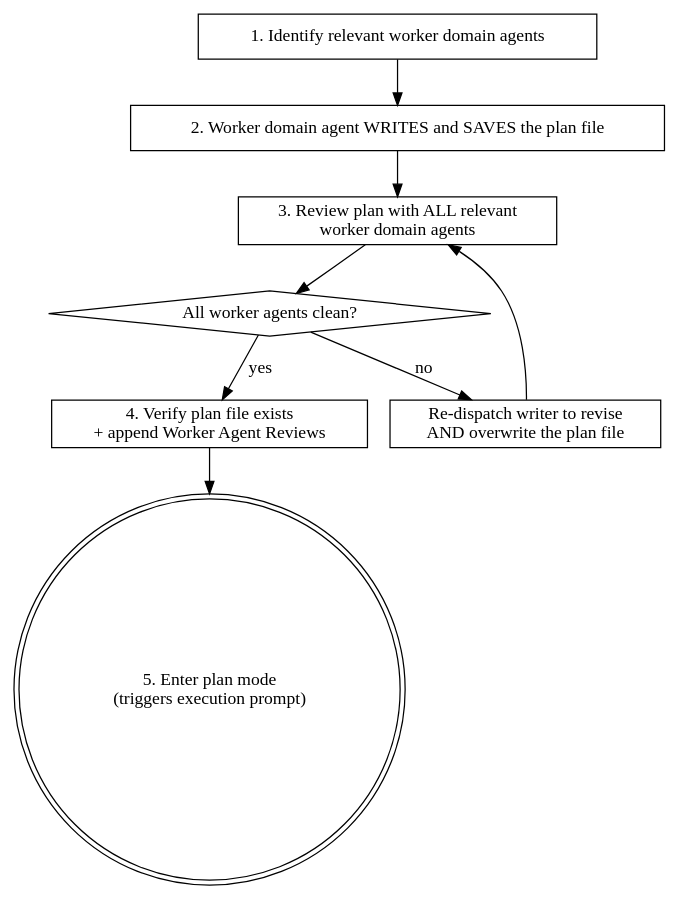
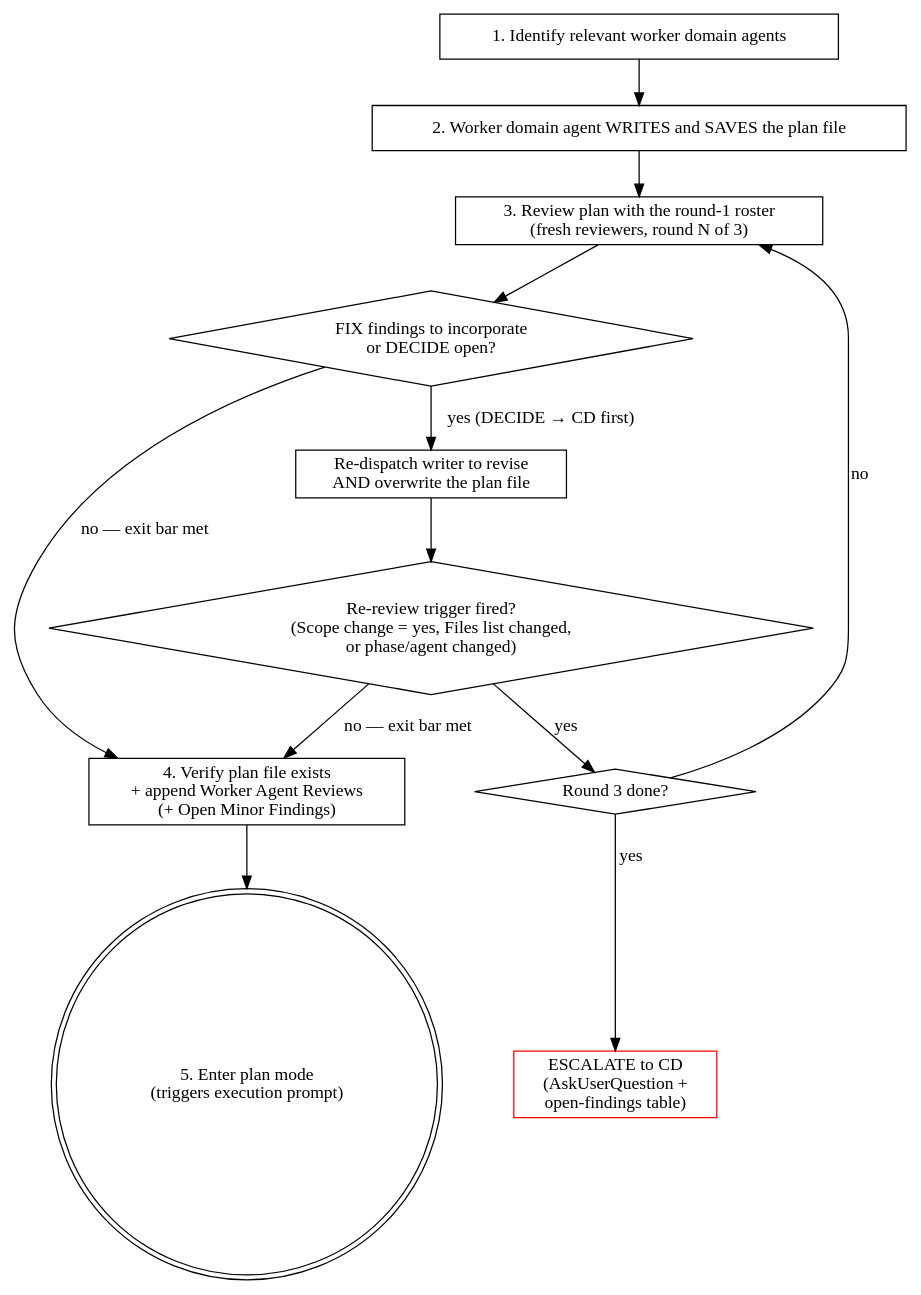
The diagram in skills/sdlc-lite-plan/SKILL.md (Inpacchi/cc-sdlc), drawn with Graphviz before and after one commit. The commit also changed other lines of this file and 30 other files, not shown here.

````diff
--- a/skills/sdlc-lite-plan/SKILL.md
+++ b/skills/sdlc-lite-plan/SKILL.md
@@ -58,21 +58,28 @@
 ```dot
 digraph sdlc_lite_planning {
     rankdir=TB;
 
     "1. Identify relevant worker domain agents" [shape=box];
     "2. Worker domain agent WRITES and SAVES the plan file" [shape=box];
-    "3. Review plan with ALL relevant\nworker domain agents" [shape=box];
+    "3. Review plan with the round-1 roster\n(fresh reviewers, round N of 3)" [shape=box];
+    "FIX findings to incorporate\nor DECIDE open?" [shape=diamond];
     "Re-dispatch writer to revise\nAND overwrite the plan file" [shape=box];
-    "All worker agents clean?" [shape=diamond];
-    "4. Verify plan file exists\n+ append Worker Agent Reviews" [shape=box];
+    "Re-review trigger fired?\n(Scope change = yes, Files list changed,\nor phase/agent changed)" [shape=diamond];
+    "Round 3 done?" [shape=diamond];
+    "ESCALATE to CD\n(AskUserQuestion +\nopen-findings table)" [shape=box, color=red];
+    "4. Verify plan file exists\n+ append Worker Agent Reviews\n(+ Open Minor Findings)" [shape=box];
     "5. Enter plan mode\n(triggers execution prompt)" [shape=doublecircle];
 
     "1. Identify relevant worker domain agents" -> "2. Worker domain agent WRITES and SAVES the plan file";
-    "2. Worker domain agent WRITES and SAVES the plan file" -> "3. Review plan with ALL relevant\nworker domain agents";
-    "3. Review plan with ALL relevant\nworker domain agents" -> "All worker agents clean?";
-    "All worker agents clean?" -> "Re-dispatch writer to revise\nAND overwrite the plan file" [label="no"];
-    "Re-dispatch writer to revise\nAND overwrite the plan file" -> "3. Review plan with ALL relevant\nworker domain agents";
-    "All worker agents clean?" -> "4. Verify plan file exists\n+ append Worker Agent Reviews" [label="yes"];
-    "4. Verify plan file exists\n+ append Worker Agent Reviews" -> "5. Enter plan mode\n(triggers execution prompt)";
+    "2. Worker domain agent WRITES and SAVES the plan file" -> "3. Review plan with the round-1 roster\n(fresh reviewers, round N of 3)";
+    "3. Review plan with the round-1 roster\n(fresh reviewers, round N of 3)" -> "FIX findings to incorporate\nor DECIDE open?";
+    "FIX findings to incorporate\nor DECIDE open?" -> "Re-dispatch writer to revise\nAND overwrite the plan file" [label="yes (DECIDE → CD first)"];
+    "Re-dispatch writer to revise\nAND overwrite the plan file" -> "Re-review trigger fired?\n(Scope change = yes, Files list changed,\nor phase/agent changed)";
+    "Re-review trigger fired?\n(Scope change = yes, Files list changed,\nor phase/agent changed)" -> "4. Verify plan file exists\n+ append Worker Agent Reviews\n(+ Open Minor Findings)" [label="no — exit bar met"];
+    "Re-review trigger fired?\n(Scope change = yes, Files list changed,\nor phase/agent changed)" -> "Round 3 done?" [label="yes"];
+    "Round 3 done?" -> "3. Review plan with the round-1 roster\n(fresh reviewers, round N of 3)" [label="no"];
+    "Round 3 done?" -> "ESCALATE to CD\n(AskUserQuestion +\nopen-findings table)" [label="yes"];
+    "FIX findings to incorporate\nor DECIDE open?" -> "4. Verify plan file exists\n+ append Worker Agent Reviews\n(+ Open Minor Findings)" [label="no — exit bar met"];
+    "4. Verify plan file exists\n+ append Worker Agent Reviews\n(+ Open Minor Findings)" -> "5. Enter plan mode\n(triggers execution prompt)";
 }
 ```
````
